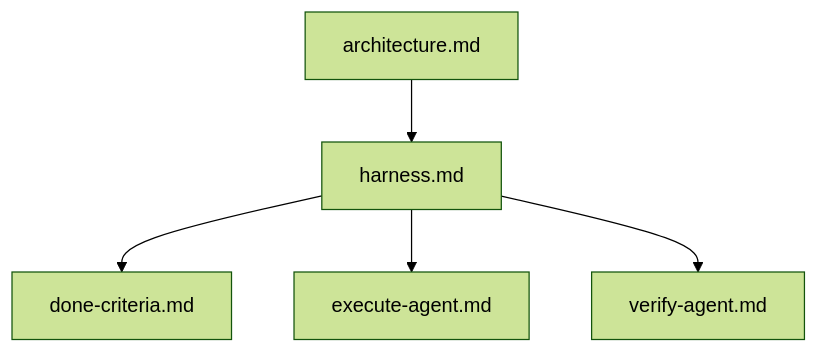
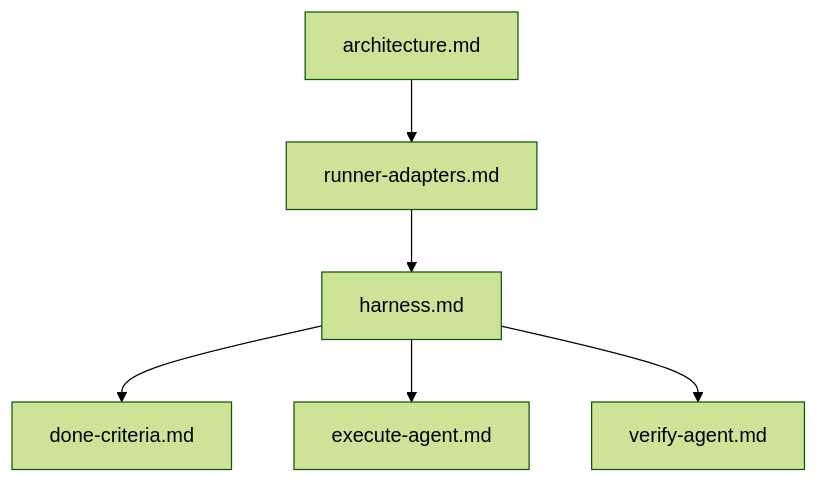
Before and after one commit to AlexsanderHamir/Hamix: the second of 3 diagrams in docs/domain/harness.md, drawn with Mermaid (forest theme). The commit also changed other lines of this file and 13 other files, not shown here.

````diff
--- a/docs/domain/harness.md
+++ b/docs/domain/harness.md
@@ -110,12 +110,14 @@
 ```mermaid
 flowchart TB
   arch[architecture.md]
+  runnersDoc[runner-adapters.md]
   harnessDoc[harness.md]
   done[done-criteria.md]
   exec[execute-agent.md]
   verify[verify-agent.md]
-  arch --> harnessDoc
+  arch --> runnersDoc
+  runnersDoc --> harnessDoc
   harnessDoc --> done
   harnessDoc --> exec
   harnessDoc --> verify
 ```
````
